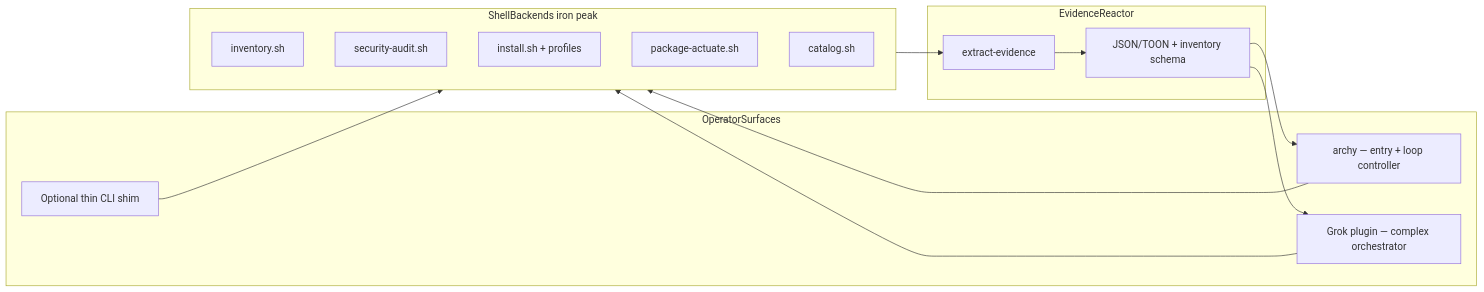
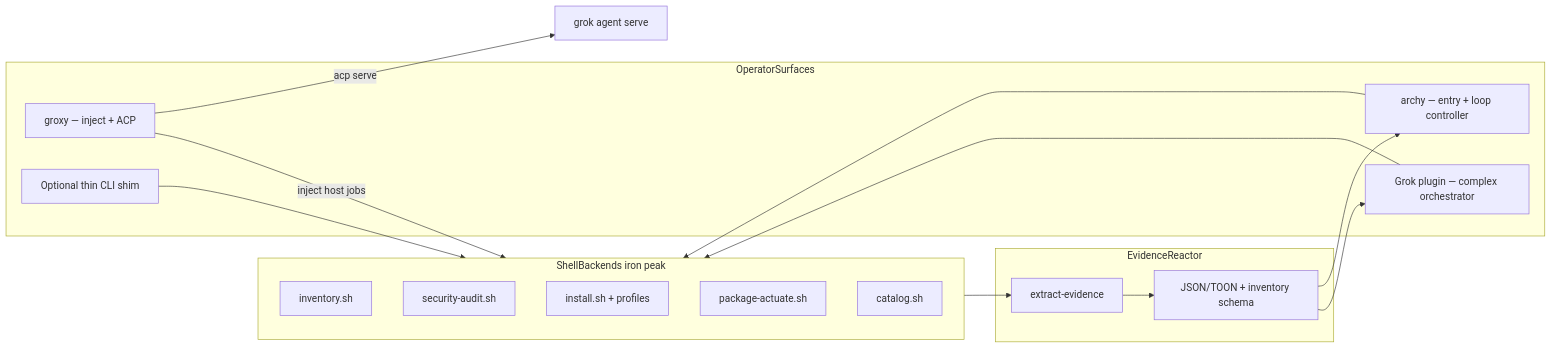
The first of 11 diagrams in arch-design/coming-next.md (p10ns11y/arch-machine), drawn with Mermaid before and after one commit. The commit also changed other lines of this file, not shown here.

First line of the commit message:
docs(roadmap): record SN-GROXY inject+ACP MVP and next cards

````diff
--- a/arch-design/coming-next.md
+++ b/arch-design/coming-next.md
@@ -14,26 +15,29 @@
 ```mermaid
 flowchart LR
   subgraph surfaces [OperatorSurfaces]
     Archy[archy — entry + loop controller]
     Grok[Grok plugin — complex orchestrator]
+    Groxy[groxy — inject + ACP]
     Shim[Optional thin CLI shim]
   end
   subgraph backends [ShellBackends iron peak]
     Inv[inventory.sh]
     Audit[security-audit.sh]
     Install[install.sh + profiles]
     Actuate[package-actuate.sh]
     Catalog[catalog.sh]
   end
   subgraph loop [EvidenceReactor]
     Extract[extract-evidence]
     Bundles[JSON/TOON + inventory schema]
   end
   Archy --> backends
   Grok --> backends
+  Groxy -->|inject host jobs| backends
+  Groxy -->|acp serve| GrokAgent[grok agent serve]
   Shim --> backends
   backends --> Extract
   Extract --> Bundles
   Bundles --> Archy
   Bundles --> Grok
 ```
````
